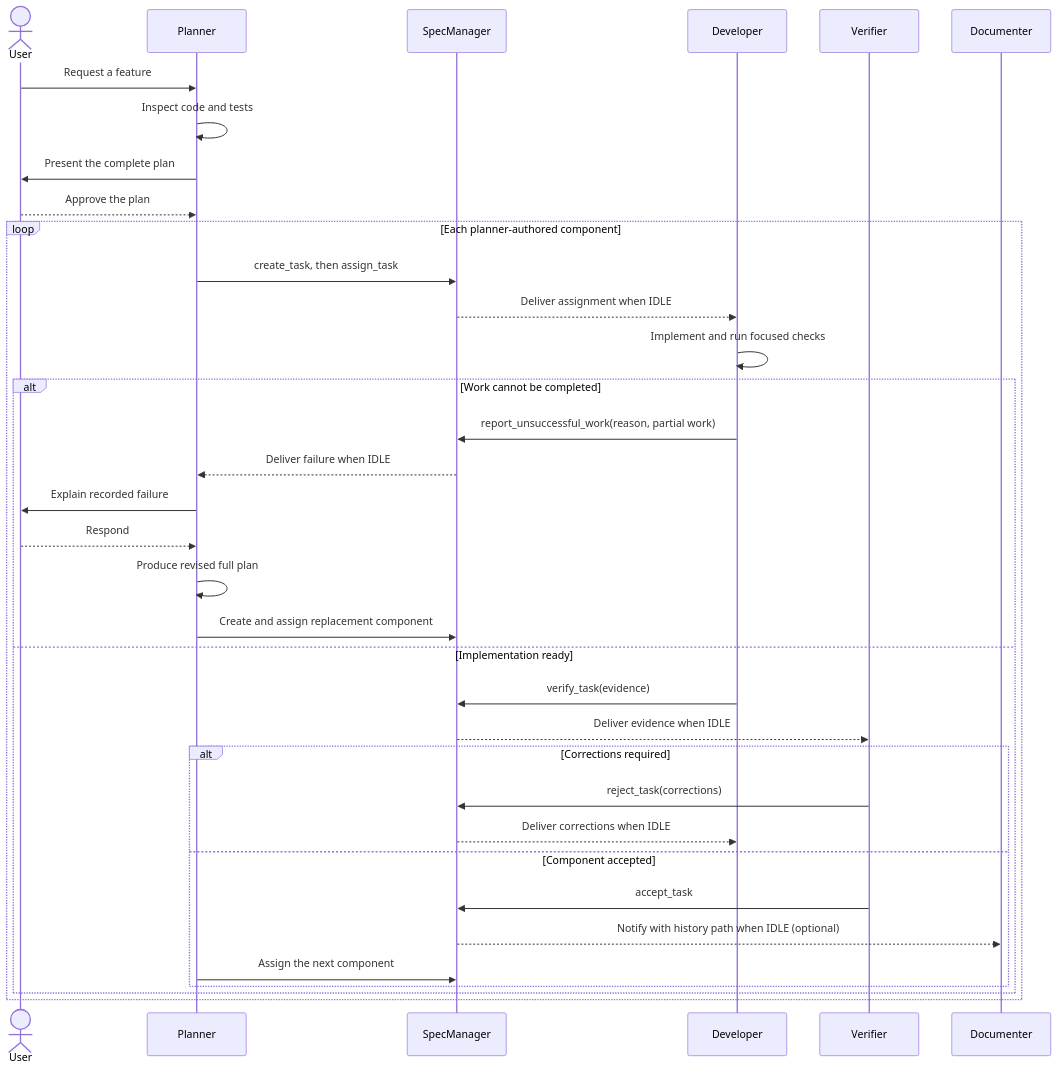
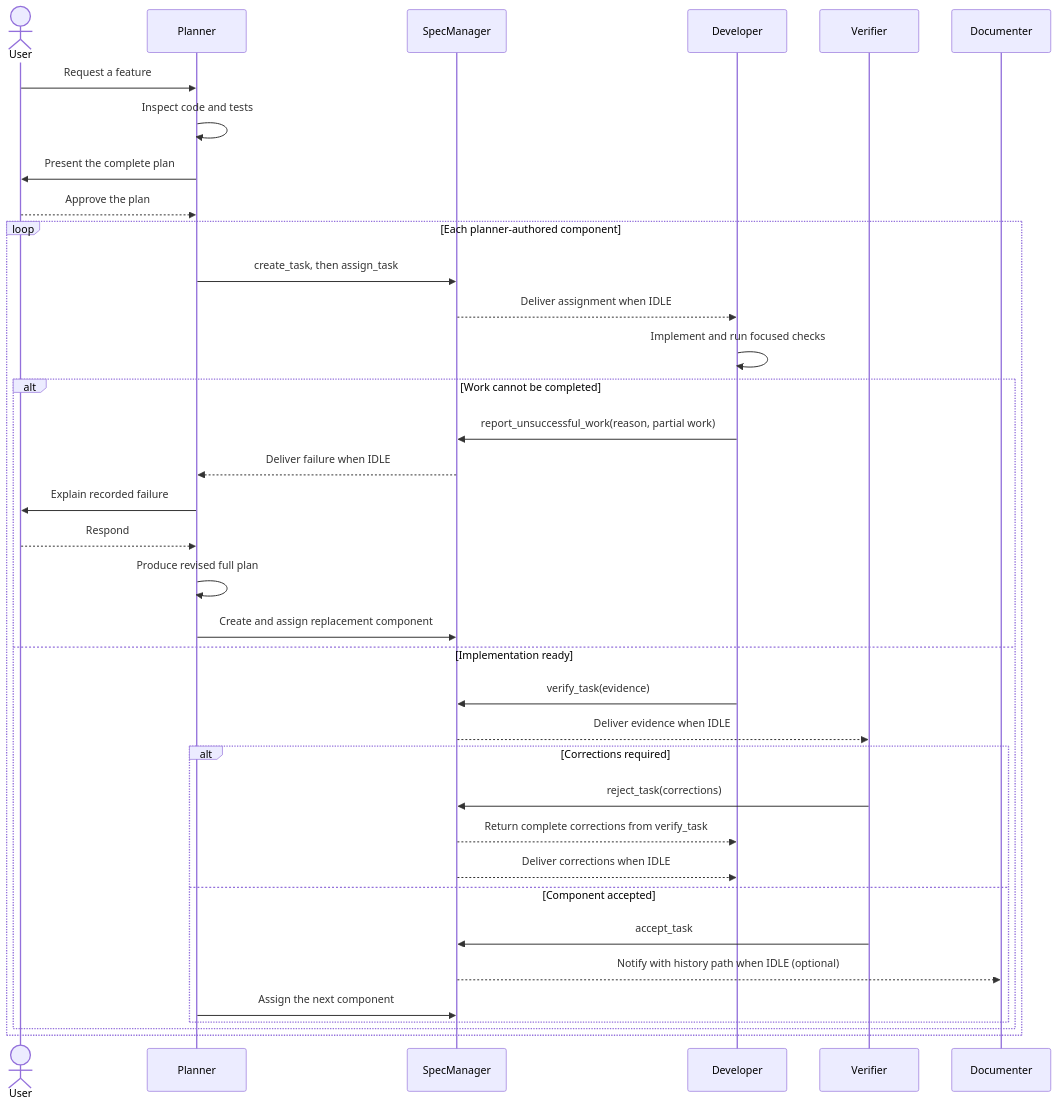
One commit to nullspace1/pairo-loops changed the diagram in example/SPEC_MANAGER_WORKFLOW.md. Above: the diagram before and after it, drawn with Mermaid. The commit also changed other lines of this file and 45 other files, not shown here.

First line of the commit message:
Refactor command handling to support event-driven architecture

````diff
--- a/example/SPEC_MANAGER_WORKFLOW.md
+++ b/example/SPEC_MANAGER_WORKFLOW.md
@@ -27,38 +27,39 @@
 ```mermaid
 sequenceDiagram
     actor User
     participant Planner
     participant SpecManager
     participant Developer
     participant Verifier
     participant Documenter
 
     User->>Planner: Request a feature
     Planner->>Planner: Inspect code and tests
     Planner->>User: Present the complete plan
     User-->>Planner: Approve the plan
     loop Each planner-authored component
         Planner->>SpecManager: create_task, then assign_task
         SpecManager-->>Developer: Deliver assignment when IDLE
         Developer->>Developer: Implement and run focused checks
         alt Work cannot be completed
             Developer->>SpecManager: report_unsuccessful_work(reason, partial work)
             SpecManager-->>Planner: Deliver failure when IDLE
             Planner->>User: Explain recorded failure
             User-->>Planner: Respond
             Planner->>Planner: Produce revised full plan
             Planner->>SpecManager: Create and assign replacement component
         else Implementation ready
             Developer->>SpecManager: verify_task(evidence)
             SpecManager-->>Verifier: Deliver evidence when IDLE
             alt Corrections required
                 Verifier->>SpecManager: reject_task(corrections)
+                SpecManager-->>Developer: Return complete corrections from verify_task
                 SpecManager-->>Developer: Deliver corrections when IDLE
             else Component accepted
                 Verifier->>SpecManager: accept_task
                 SpecManager-->>Documenter: Notify with history path when IDLE (optional)
                 Planner->>SpecManager: Assign the next component
             end
         end
     end
 ```
````
